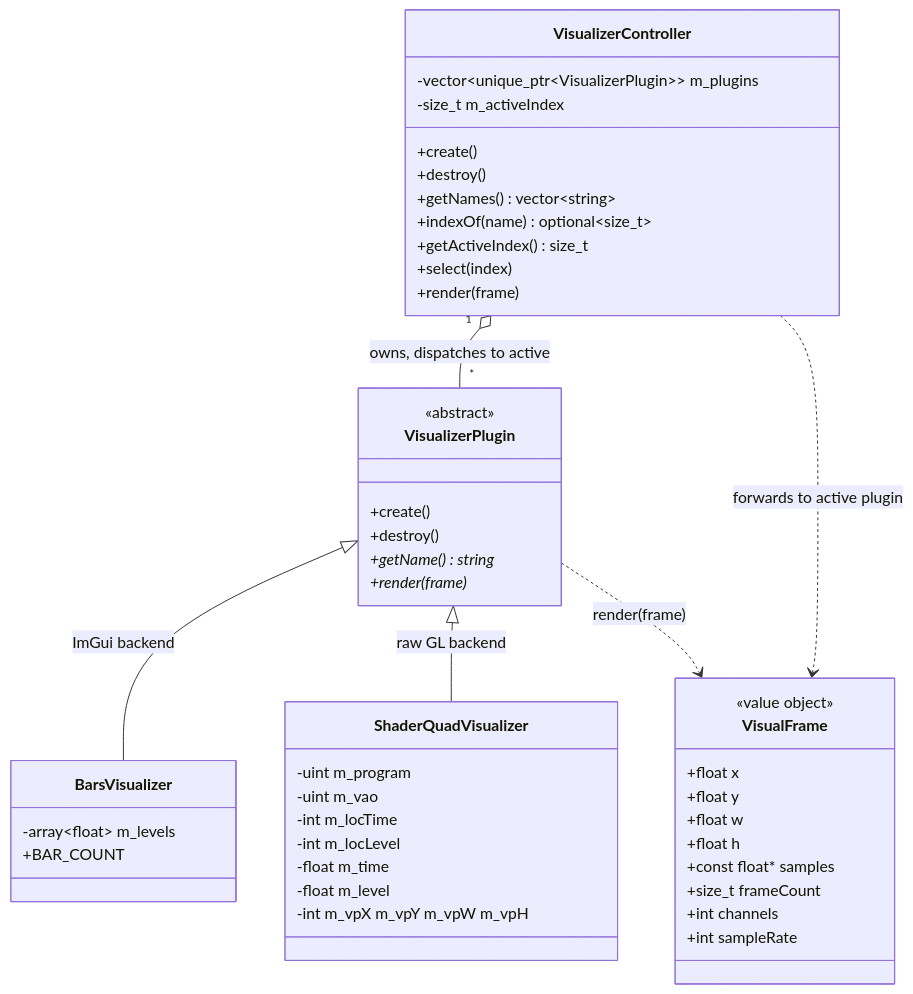
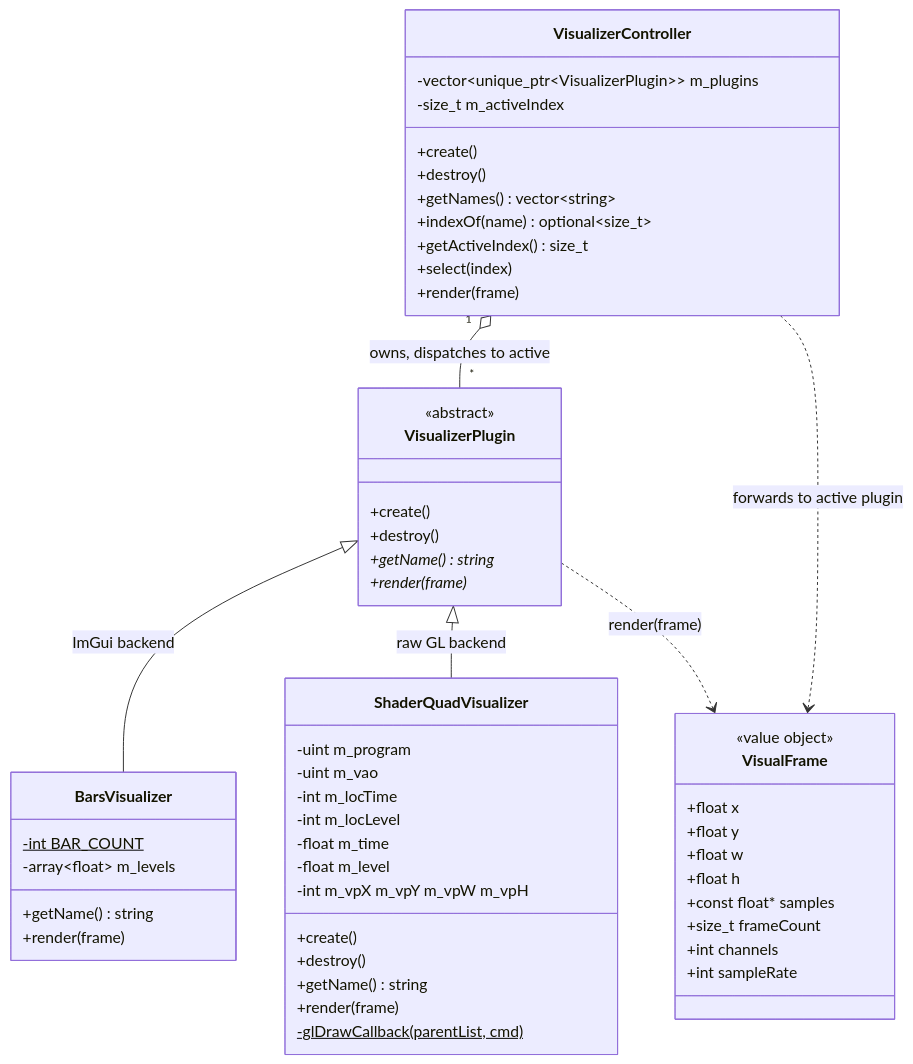
Before and after one commit to notnotme/osp2: the diagram in docs/visualization.md, drawn with Mermaid. The commit also changed other lines of this file and 10 other files, not shown here.

````diff
--- a/docs/visualization.md
+++ b/docs/visualization.md
@@ -5,55 +5,62 @@
 ```mermaid
 classDiagram
     class VisualFrame {
         <<value object>>
         +float x
         +float y
         +float w
         +float h
         +const float* samples
         +size_t frameCount
         +int channels
         +int sampleRate
     }
 
     class VisualizerPlugin {
         <<abstract>>
         +create()
         +destroy()
         +getName()* string
         +render(frame)*
     }
 
     class BarsVisualizer {
+        -int BAR_COUNT$
         -array~float~ m_levels
-        +BAR_COUNT
+        +getName() string
+        +render(frame)
     }
 
     class ShaderQuadVisualizer {
         -uint m_program
         -uint m_vao
         -int m_locTime
         -int m_locLevel
         -float m_time
         -float m_level
         -int m_vpX m_vpY m_vpW m_vpH
+        +create()
+        +destroy()
+        +getName() string
+        +render(frame)
+        -glDrawCallback(parentList, cmd)$
     }
 
     class VisualizerController {
         -vector~unique_ptr~VisualizerPlugin~~ m_plugins
         -size_t m_activeIndex
         +create()
         +destroy()
         +getNames() vector~string~
         +indexOf(name) optional~size_t~
         +getActiveIndex() size_t
         +select(index)
         +render(frame)
     }
 
     VisualizerController "1" o-- "*" VisualizerPlugin : owns, dispatches to active
     VisualizerPlugin <|-- BarsVisualizer : ImGui backend
     VisualizerPlugin <|-- ShaderQuadVisualizer : raw GL backend
     VisualizerPlugin ..> VisualFrame : render(frame)
     VisualizerController ..> VisualFrame : forwards to active plugin
 ```
````
